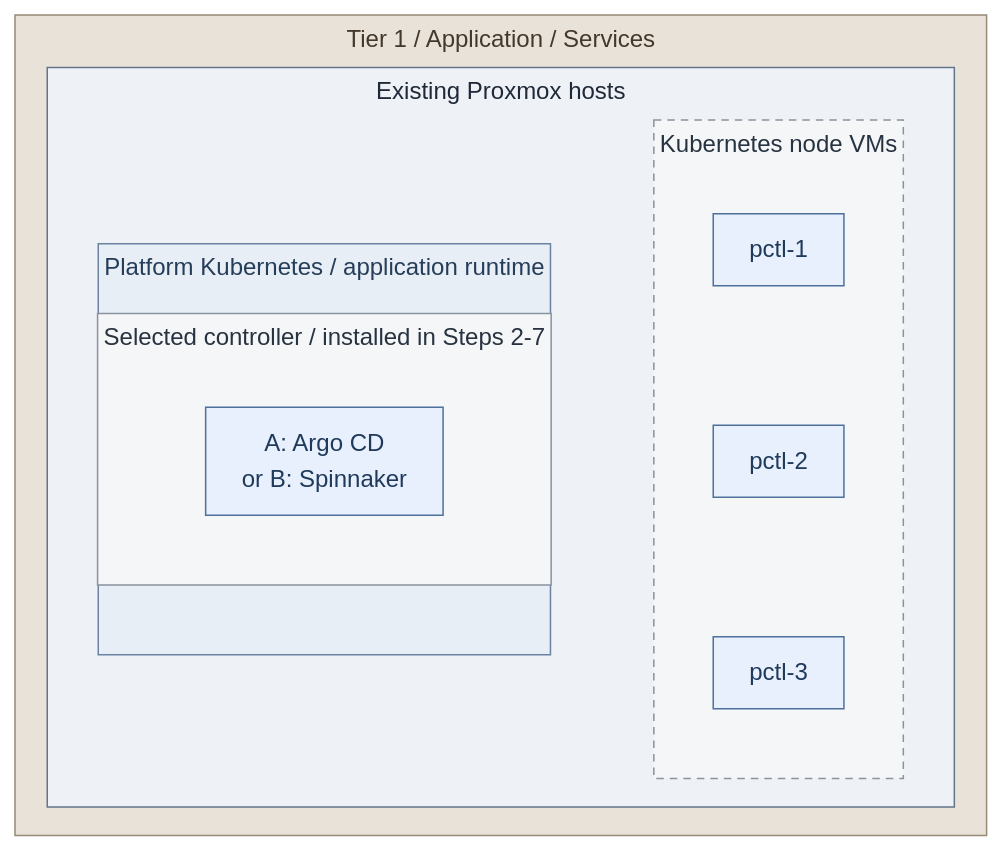
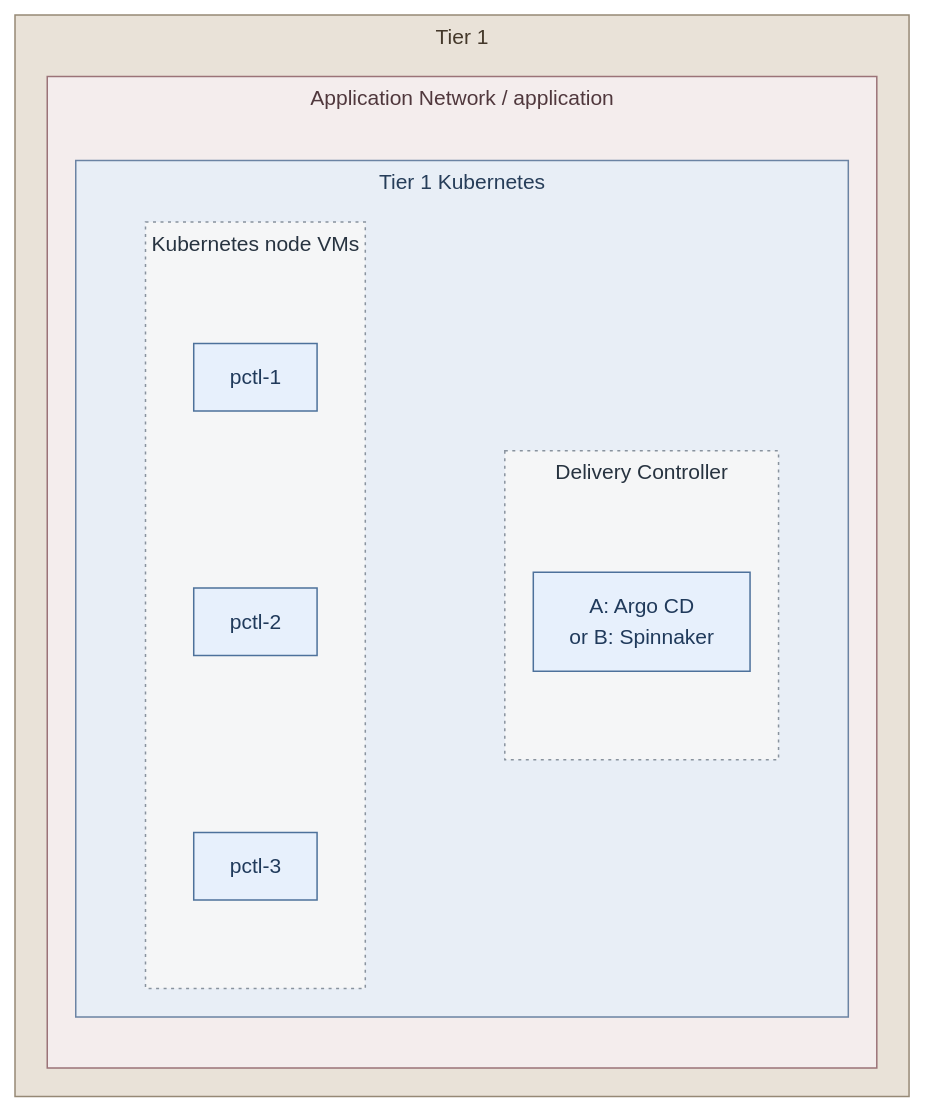
One commit to Rexus/homelab changed the diagram in docs/03-deployment/stage-7-delivery/README.md. Above: the diagram before and after it, drawn with Mermaid. The commit also changed other lines of this file and 124 other files, not shown here.

First line of the commit message:
fix(platform): align service diagrams and directory failover

````diff
--- a/docs/03-deployment/stage-7-delivery/README.md
+++ b/docs/03-deployment/stage-7-delivery/README.md
@@ -13,36 +13,39 @@
 ```mermaid
-%%{init: {"theme":"base","flowchart":{"nodeSpacing":18,"rankSpacing":18,"padding":12,"subGraphTitleMargin":{"top":4,"bottom":12}},"themeVariables":{"lineColor":"#627581","edgeLabelBackground":"#f8fafc"}}}%%
+%%{init: {"theme":"base","flowchart":{"nodeSpacing":18,"rankSpacing":18,"padding":12,"subGraphTitleMargin":{"top":4,"bottom":18}},"themeVariables":{"lineColor":"#627581","edgeLabelBackground":"#f8fafc","fontFamily":"Arial, sans-serif","fontSize":"14px"},"fontFamily":"Arial, sans-serif"}}%%
 flowchart TB
-  subgraph T1["Tier 1 / Application / Services"]
+  subgraph T1["Tier 1"]
     direction LR
-    subgraph PVE["Existing Proxmox hosts"]
-      direction LR
-      subgraph Cluster["Platform Kubernetes / application runtime"]
-        subgraph Added["Selected controller / installed in Steps 2-7"]
+    subgraph Network["Application Network / application"]
+      direction TB
+      subgraph Cluster["Tier 1 Kubernetes"]
+        direction LR
+        subgraph Nodes["Kubernetes node VMs"]
+          direction TB
+          CP1["pctl-1"]
+          CP2["pctl-2"]
+          CP3["pctl-3"]
+          CP1 ~~~ CP2 ~~~ CP3
+        end
+        subgraph Added["Delivery Controller"]
           Controller["A: Argo CD<br/>or B: Spinnaker"]
         end
+        Nodes ~~~ Added
       end
-      subgraph Nodes["Kubernetes node VMs"]
-        direction TB
-        CP1["pctl-1"]
-        CP2["pctl-2"]
-        CP3["pctl-3"]
-        CP1 ~~~ CP2 ~~~ CP3
-      end
-      Cluster ~~~ Nodes
     end
   end
   classDef default fill:#f8fafc,stroke:#64748b,color:#1f2937
   classDef services fill:#e7f0fc,stroke:#4d719b,color:#203a5b
   classDef boundary fill:#eef2f6,stroke:#64748b,color:#1f2937
-  classDef group fill:#f5f6f7,stroke:#89939e,color:#273340
-  classDef replicas fill:#f5f6f7,stroke:#89939e,color:#273340,stroke-dasharray:5 4
+  classDef group fill:#f5f6f7,stroke:#89939e,color:#273340,stroke-dasharray:2 3
+  classDef replicas fill:#f5f6f7,stroke:#89939e,color:#273340,stroke-dasharray:2 3
   class CP1,CP2,CP3,Controller services
-  class PVE boundary
+  classDef zoneServices fill:#e1eaf6,stroke:#4d719b,color:#203a5b
   class Added group
   class Nodes replicas
   classDef kubernetes fill:#e8eef6,stroke:#6b83a3,color:#263d59
   class Cluster kubernetes
   classDef tier1 fill:#e9e2d8,stroke:#968976,color:#44382a
   class T1 tier1
+  classDef network fill:#f4eded,stroke:#9b7378,color:#50383d
+  class Network network
 ```
````
